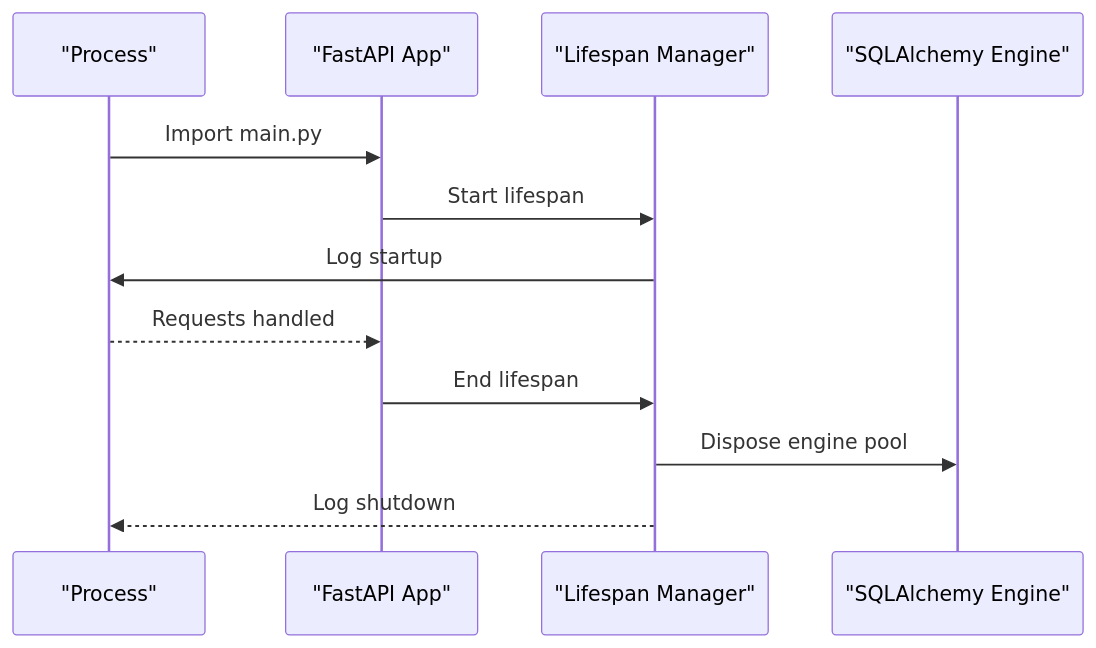
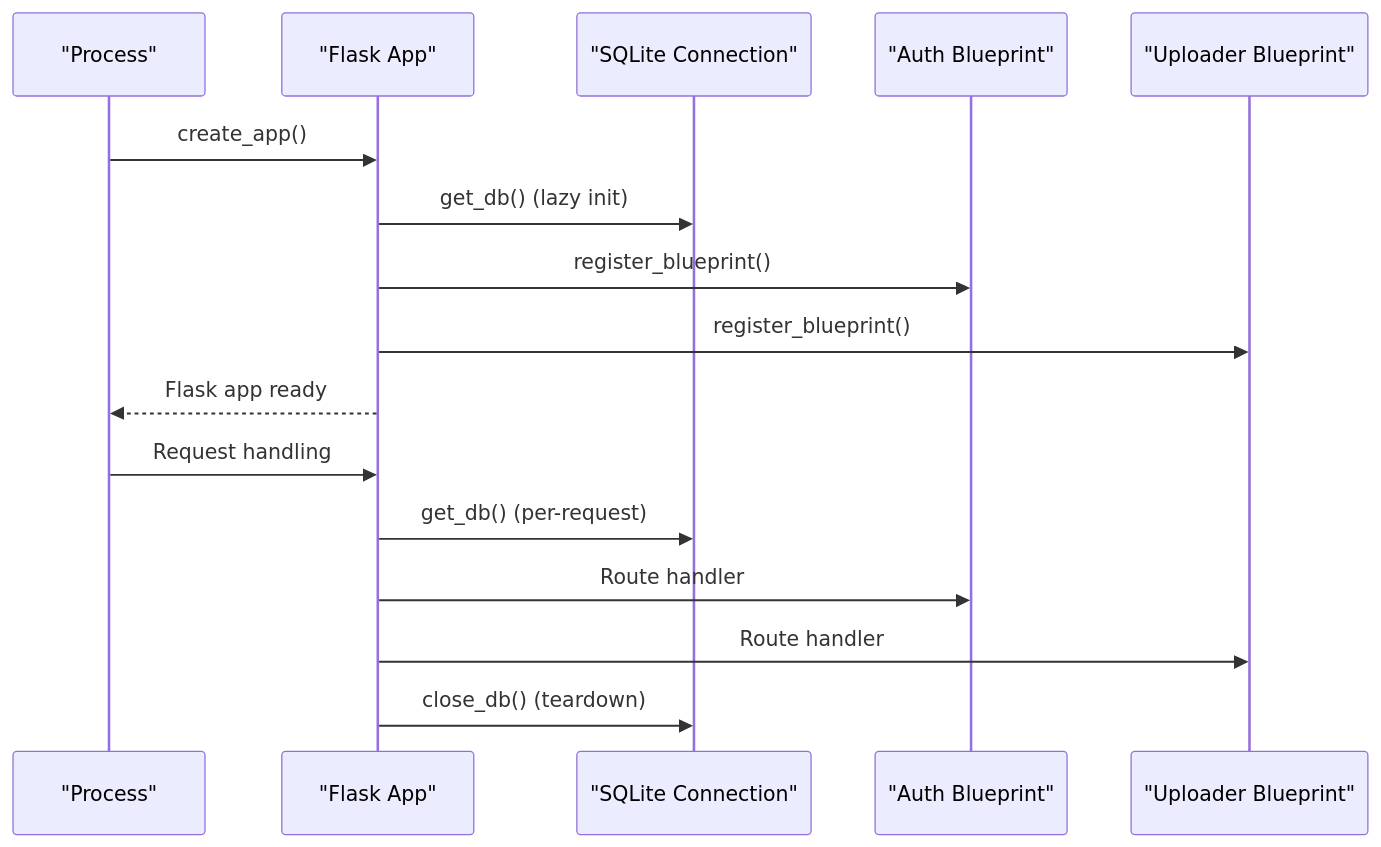
Before and after one commit to PolarisW007/PolaZhenJing: the third of 8 diagrams in .qoder/repowiki/en/content/Backend Application/Application Architecture.md, drawn with Mermaid. The commit also changed other lines of this file and 153 other files, not shown here.

````diff
--- a/.qoder/repowiki/en/content/Backend Application/Application Architecture.md
+++ b/.qoder/repowiki/en/content/Backend Application/Application Architecture.md
@@ -187,14 +142,18 @@
 ```mermaid
 sequenceDiagram
 participant Proc as "Process"
-participant App as "FastAPI App"
-participant Lifespan as "Lifespan Manager"
-participant DB as "SQLAlchemy Engine"
-Proc->>App : Import main.py
-App->>Lifespan : Start lifespan
-Lifespan->>Proc : Log startup
-Proc-->>App : Requests handled
-App->>Lifespan : End lifespan
-Lifespan->>DB : Dispose engine pool
-Lifespan-->>Proc : Log shutdown
+participant App as "Flask App"
+participant DB as "SQLite Connection"
+participant Auth as "Auth Blueprint"
+participant Up as "Uploader Blueprint"
+Proc->>App : create_app()
+App->>DB : get_db() (lazy init)
+App->>Auth : register_blueprint()
+App->>Up : register_blueprint()
+App-->>Proc : Flask app ready
+Proc->>App : Request handling
+App->>DB : get_db() (per-request)
+App->>Auth : Route handler
+App->>Up : Route handler
+App->>DB : close_db() (teardown)
 ```
````
